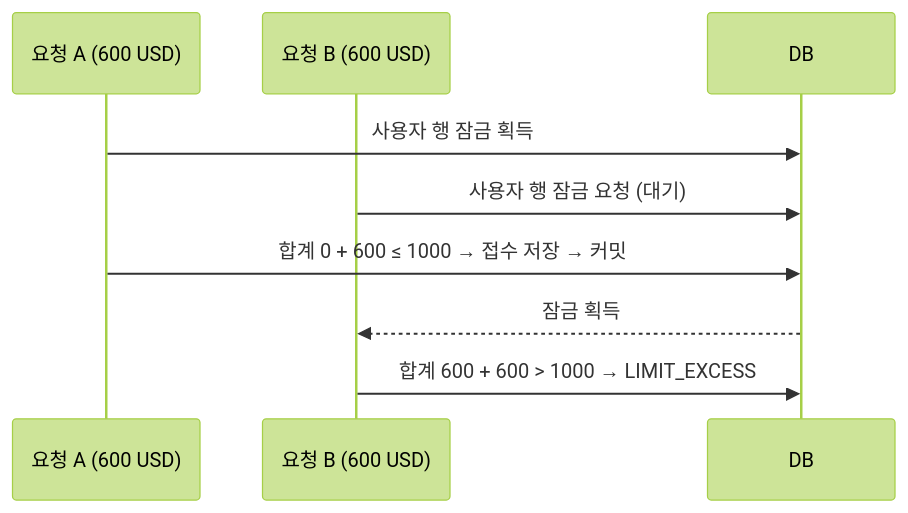
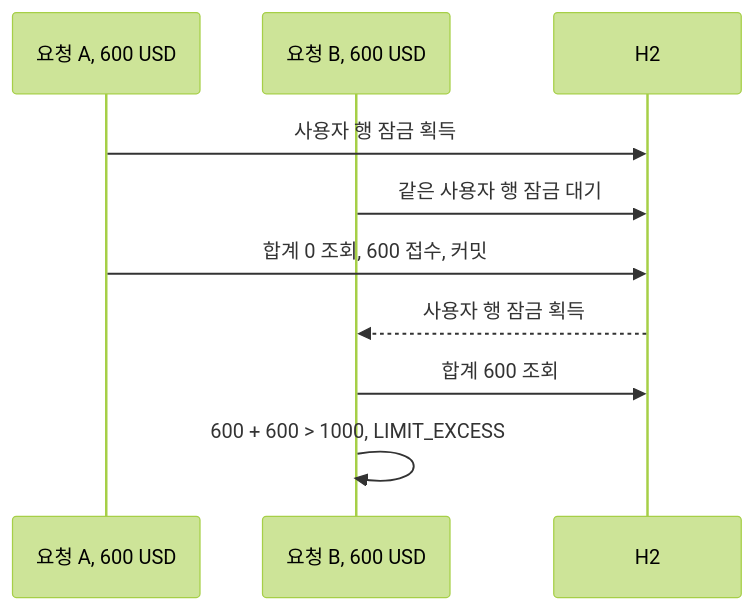
Before and after one commit to ssipflow/GlobalRemittance: the diagram in docs/application/design.md, drawn with Mermaid (forest theme). The commit also changed other lines of this file and 5 other files, not shown here.

````diff
--- a/docs/application/design.md
+++ b/docs/application/design.md
@@ -50,11 +24,12 @@
 ```mermaid
 sequenceDiagram
-    participant A as 요청 A (600 USD)
-    participant B as 요청 B (600 USD)
-    participant DB as DB
+    participant A as 요청 A, 600 USD
+    participant B as 요청 B, 600 USD
+    participant DB as H2
     A->>DB: 사용자 행 잠금 획득
-    B->>DB: 사용자 행 잠금 요청 (대기)
-    A->>DB: 합계 0 + 600 ≤ 1000 → 접수 저장 → 커밋
-    DB-->>B: 잠금 획득
-    B->>DB: 합계 600 + 600 > 1000 → LIMIT_EXCESS
+    B->>DB: 같은 사용자 행 잠금 대기
+    A->>DB: 합계 0 조회, 600 접수, 커밋
+    DB-->>B: 사용자 행 잠금 획득
+    B->>DB: 합계 600 조회
+    B->>B: 600 + 600 > 1000, LIMIT_EXCESS
 ```
````
